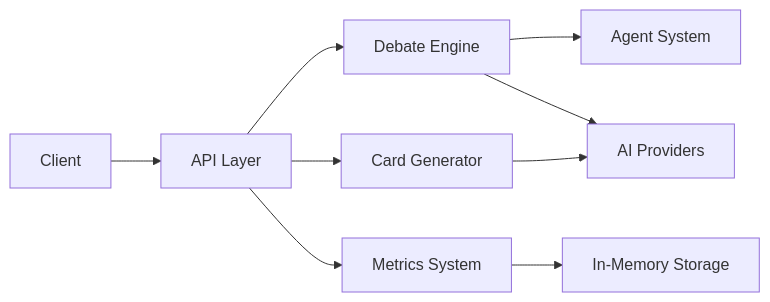
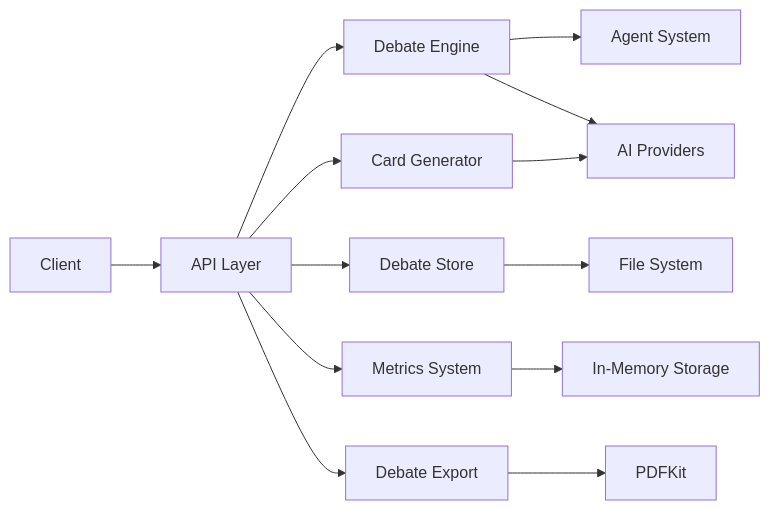
Before and after one commit to RunTimeAdmin/tri-ai: the third of 3 diagrams in .qoder/repowiki/en/content/Research & Discussion Platform/Discussion API Endpoints.md, drawn with Mermaid. The commit also changed other lines of this file and 139 other files, not shown here.

````diff
--- a/.qoder/repowiki/en/content/Research & Discussion Platform/Discussion API Endpoints.md
+++ b/.qoder/repowiki/en/content/Research & Discussion Platform/Discussion API Endpoints.md
@@ -304,11 +428,15 @@
 ```mermaid
 graph LR
 Client["Client"] --> API["API Layer"]
 API --> Engine["Debate Engine"]
+API --> Store["Debate Store"]
 API --> Metrics["Metrics System"]
 API --> Cards["Card Generator"]
+API --> Export["Debate Export"]
 Engine --> Agents["Agent System"]
 Engine --> Providers["AI Providers"]
+Store --> FileSystem["File System"]
+Export --> PDFKit["PDFKit"]
 Cards --> Providers
 Metrics --> Storage["In-Memory Storage"]
 ```
````
